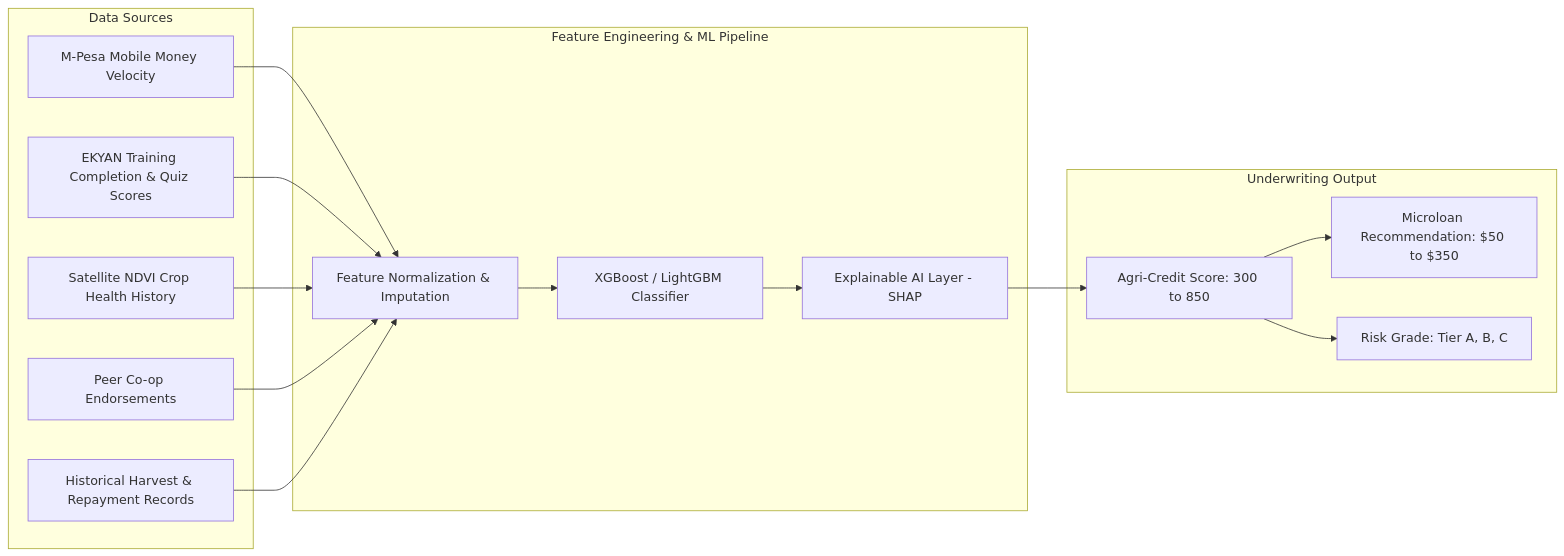
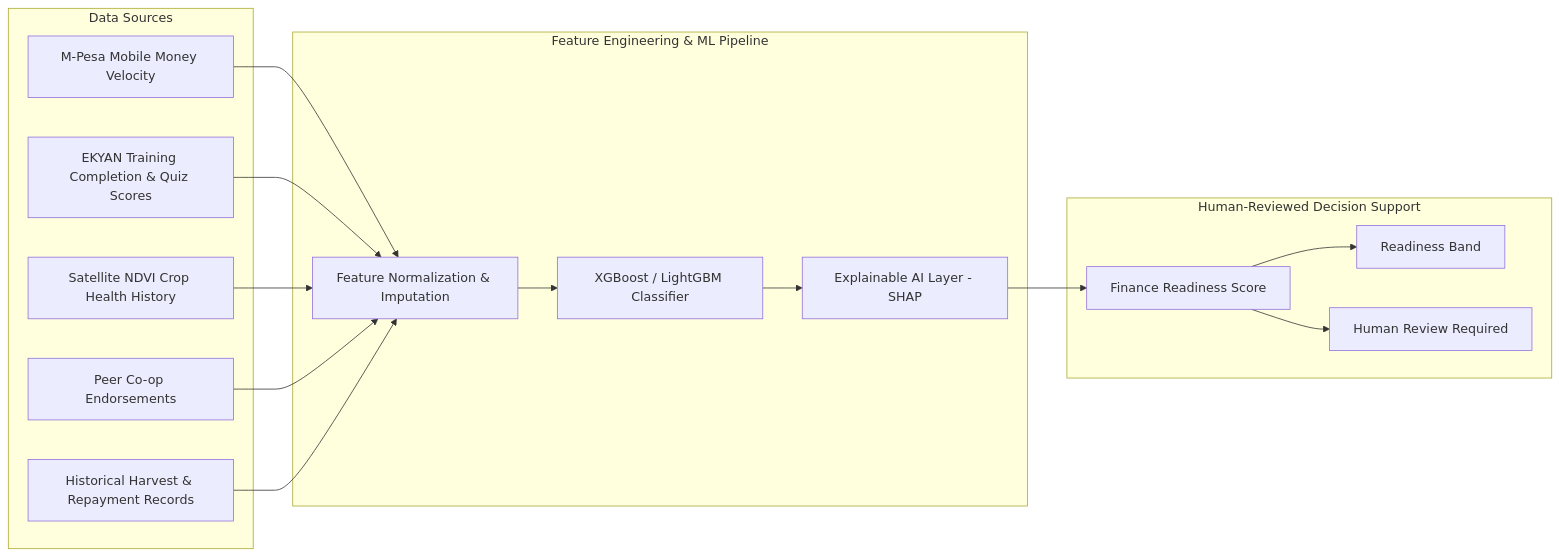
Before and after one commit to BhekumusaEric/EKYAN-AI-Agritech-Framework: the diagram in docs/02_Alternative_Credit_Scoring.md, drawn with Mermaid. The commit also changed other lines of this file and 82 other files, not shown here.

````diff
--- a/docs/02_Alternative_Credit_Scoring.md
+++ b/docs/02_Alternative_Credit_Scoring.md
@@ -17,33 +19,33 @@
 ```mermaid
 graph LR
     subgraph Data Sources
         A[M-Pesa Mobile Money Velocity]
         B[EKYAN Training Completion & Quiz Scores]
         C[Satellite NDVI Crop Health History]
         D[Peer Co-op Endorsements]
         E[Historical Harvest & Repayment Records]
     end
 
     subgraph Feature Engineering & ML Pipeline
         F[Feature Normalization & Imputation]
         G[XGBoost / LightGBM Classifier]
         H[Explainable AI Layer - SHAP]
     end
 
-    subgraph Underwriting Output
-        I[Agri-Credit Score: 300 to 850]
-        J[Microloan Recommendation: $50 to $350]
-        K[Risk Grade: Tier A, B, C]
+    subgraph Human-Reviewed Decision Support
+        I[Finance Readiness Score]
+        J[Readiness Band]
+        K[Human Review Required]
     end
 
     A --> F
     B --> F
     C --> F
     D --> F
     E --> F
     F --> G
     G --> H
     H --> I
     I --> J
     I --> K
 ```
````
